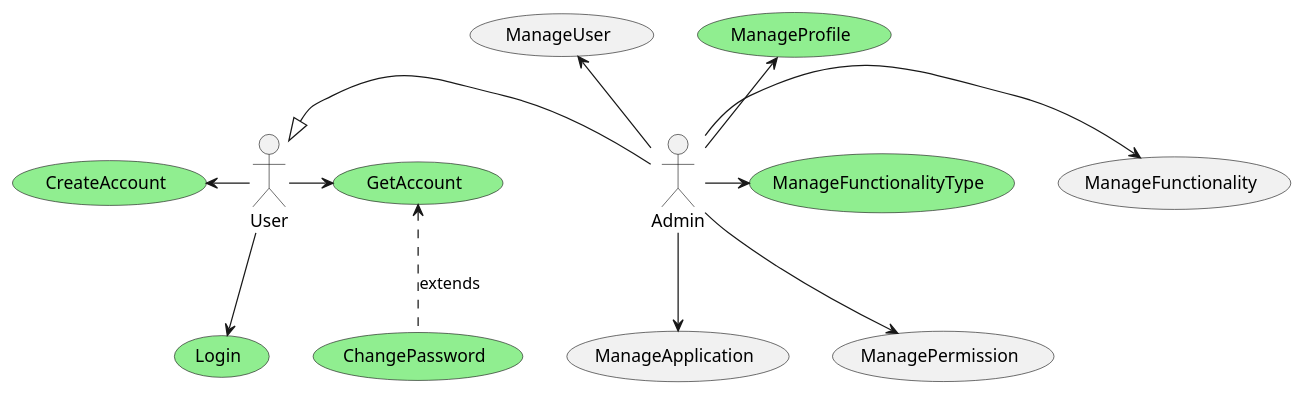
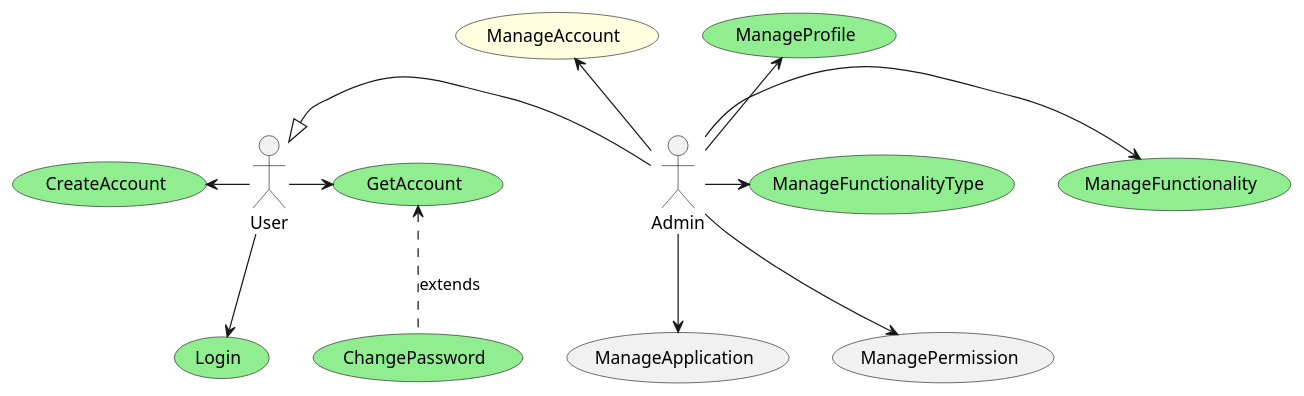
The diagram in documentation/usecase/UseCase.iam.puml (zehgreven/nutri-be-ddd-ca), drawn with PlantUML before and after one commit. The commit also changed 26 other files, not shown here.

```diff
--- a/documentation/usecase/UseCase.iam.puml
+++ b/documentation/usecase/UseCase.iam.puml
@@ -1,27 +1,29 @@
 @startuml Use Case
 
 actor User
 actor Admin
 
 usecase CreateAccount #LightGreen
 usecase Login #LightGreen
 usecase GetAccount #LightGreen
 usecase ChangePassword #LightGreen
 usecase ManageProfile #LightGreen
 usecase ManageFunctionalityType #LightGreen
+usecase ManageFunctionality #LightGreen
+usecase ManageAccount #LightYellow
 
 User <|-r- Admin
 
 User -l-> (CreateAccount) 
 User -r-> (GetAccount)
 (GetAccount) <.d. (ChangePassword) : extends
 User -d-> (Login)
 
 Admin -u-> (ManageProfile) 
-Admin -u-> (ManageUser) 
+Admin -u-> (ManageAccount) 
 Admin -d-> (ManageApplication) 
 Admin -d-> (ManagePermission) 
 Admin -r-> (ManageFunctionality) 
 Admin -r-> (ManageFunctionalityType) 
 
 @enduml
```
